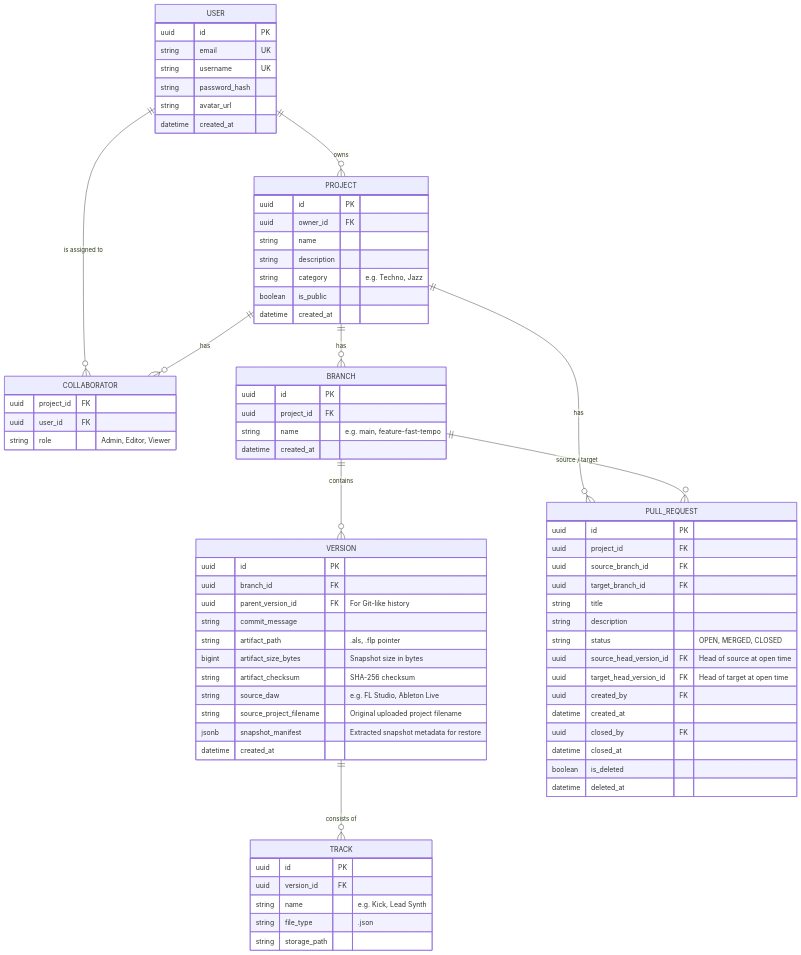
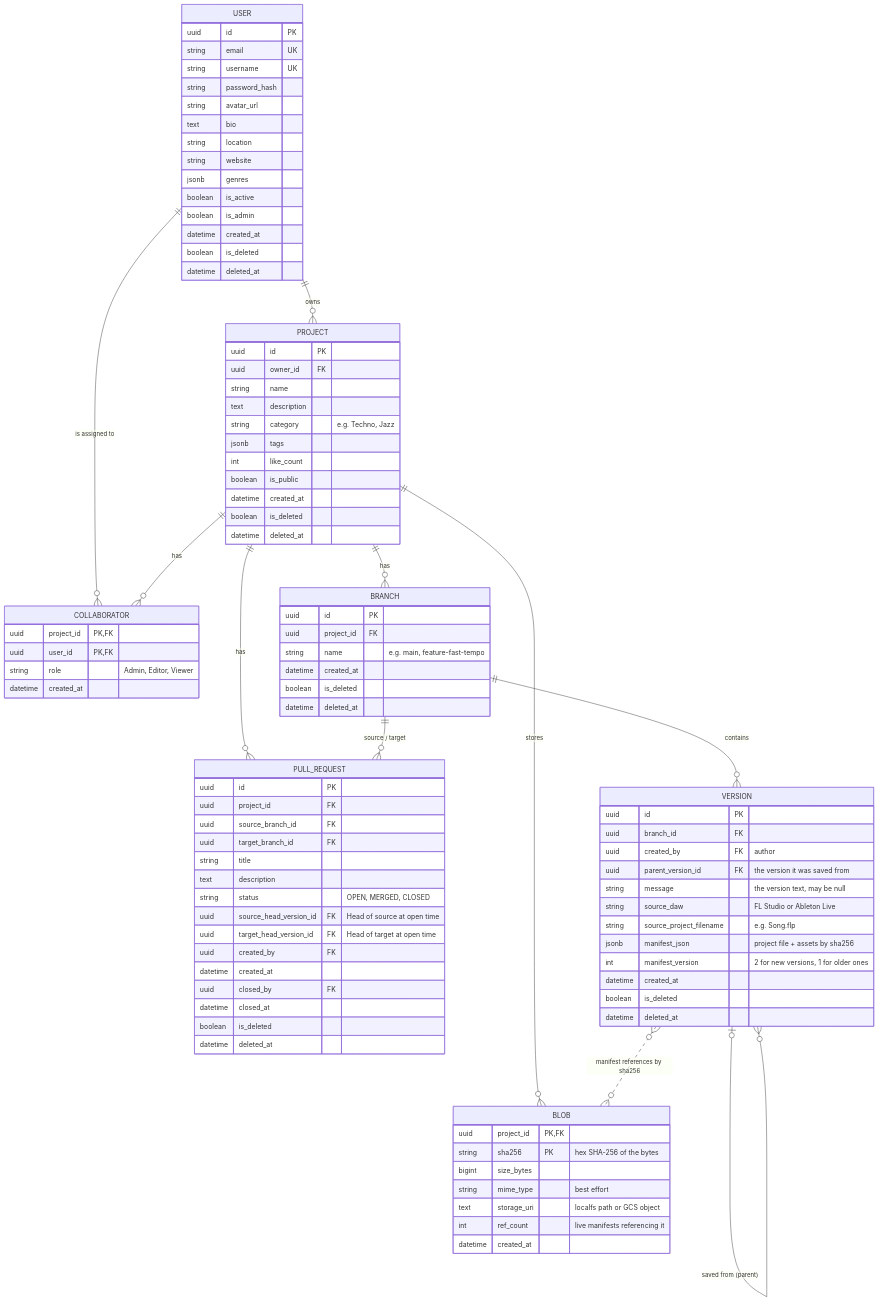
One commit to stemhub-org/Stemhub changed the diagram in docs/DATA_API_MODELING.md. Above: the diagram before and after it, drawn with Mermaid. The commit also changed other lines of this file and 13 other files, not shown here.

```diff
--- a/docs/DATA_API_MODELING.md
+++ b/docs/DATA_API_MODELING.md
@@ -12,36 +12,51 @@
 erDiagram
     USER ||--o{ PROJECT : owns
     USER ||--o{ COLLABORATOR : "is assigned to"
+    PROJECT ||--o{ COLLABORATOR : has
     PROJECT ||--o{ BRANCH : has
-    PROJECT ||--o{ COLLABORATOR : has
+    PROJECT ||--o{ BLOB : stores
+    PROJECT ||--o{ PULL_REQUEST : has
     BRANCH ||--o{ VERSION : contains
-    VERSION ||--o{ TRACK : "consists of"
-    PROJECT ||--o{ PULL_REQUEST : has
+    VERSION |o--o{ VERSION : "saved from (parent)"
+    VERSION }o..o{ BLOB : "manifest references by sha256"
     BRANCH ||--o{ PULL_REQUEST : "source / target"
-    
+
     USER {
         uuid id PK
         string email UK
         string username UK
         string password_hash
         string avatar_url
+        text bio
+        string location
+        string website
+        jsonb genres
+        boolean is_active
+        boolean is_admin
         datetime created_at
+        boolean is_deleted
+        datetime deleted_at
     }
 
     PROJECT {
         uuid id PK
         uuid owner_id FK
         string name
-        string description
+        text description
         string category "e.g. Techno, Jazz"
+        jsonb tags
+        int like_count
         boolean is_public
         datetime created_at
+        boolean is_deleted
+        datetime deleted_at
     }
 
     COLLABORATOR {
-        uuid project_id FK
-        uuid user_id FK
+        uuid project_id PK, FK
+        uuid user_id PK, FK
         string role "Admin, Editor, Viewer"
+        datetime created_at
     }
 
     BRANCH {
@@ -49,28 +64,33 @@
         uuid project_id FK
         string name "e.g. main, feature-fast-tempo"
         datetime created_at
+        boolean is_deleted
+        datetime deleted_at
     }
 
     VERSION {
         uuid id PK
         uuid branch_id FK
-        uuid parent_version_id FK "For Git-like history"
-        string commit_message
-        string artifact_path ".als, .flp pointer"
-        bigint artifact_size_bytes "Snapshot size in bytes"
-        string artifact_checksum "SHA-256 checksum"
-        string source_daw "e.g. FL Studio, Ableton Live"
-        string source_project_filename "Original uploaded project filename"
-        jsonb snapshot_manifest "Extracted snapshot metadata for restore"
+        uuid created_by FK "author"
+        uuid parent_version_id FK "the version it was saved from"
+        string message "the version text, may be null"
+        string source_daw "FL Studio or Ableton Live"
+        string source_project_filename "e.g. Song.flp"
+        jsonb manifest_json "project file + assets by sha256"
+        int manifest_version "2 for new versions, 1 for older ones"
         datetime created_at
+        boolean is_deleted
+        datetime deleted_at
     }
 
-    TRACK {
-        uuid id PK
-        uuid version_id FK
-        string name "e.g. Kick, Lead Synth"
-        string file_type ".json"
-        string storage_path
+    BLOB {
+        uuid project_id PK, FK
+        string sha256 PK "hex SHA-256 of the bytes"
+        bigint size_bytes
+        string mime_type "best effort"
+        text storage_uri "localfs path or GCS object"
+        int ref_count "live manifests referencing it"
+        datetime created_at
     }
 
     PULL_REQUEST {
@@ -79,7 +99,7 @@
         uuid source_branch_id FK
         uuid target_branch_id FK
         string title
-        string description
+        text description
         string status "OPEN, MERGED, CLOSED"
         uuid source_head_version_id FK "Head of source at open time"
         uuid target_head_version_id FK "Head of target at open time"
```
